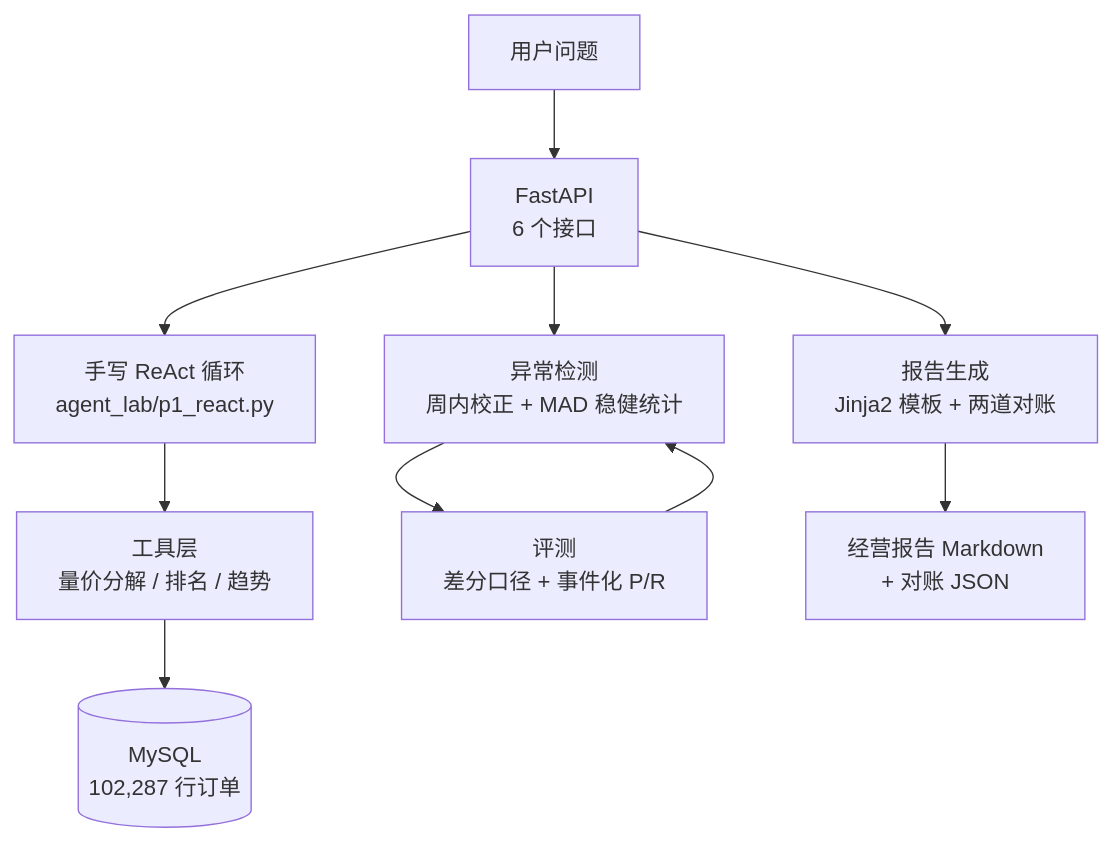
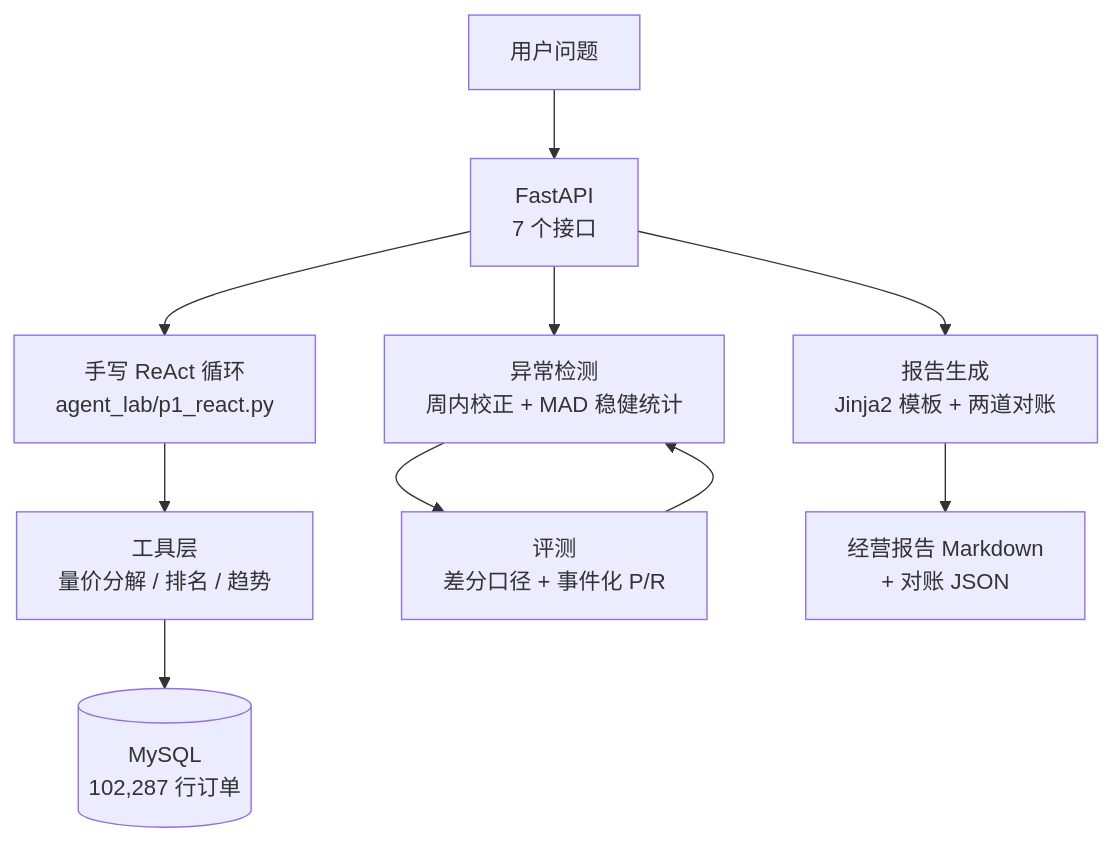
One commit to Emanonzzh/WORK changed the first of 2 diagrams in README.md. Above: the diagram before and after it, drawn with Mermaid. The commit also changed other lines of this file and 5 other files, not shown here.

````diff
--- a/README.md
+++ b/README.md
@@ -45,14 +45,14 @@
 ```mermaid
 flowchart TB
-    U[用户问题] --> API[FastAPI<br/>6 个接口]
+    U[用户问题] --> API[FastAPI<br/>7 个接口]
     API --> AG[手写 ReAct 循环<br/>agent_lab/p1_react.py]
     AG --> TL[工具层<br/>量价分解 / 排名 / 趋势]
     TL --> DB[(MySQL<br/>102,287 行订单)]
 
     API --> AN[异常检测<br/>周内校正 + MAD 稳健统计]
     AN --> EV[评测<br/>差分口径 + 事件化 P/R]
     EV --> AN
 
     API --> RP[报告生成<br/>Jinja2 模板 + 两道对账]
     RP --> OUT[经营报告 Markdown<br/>+ 对账 JSON]
 ```
````
